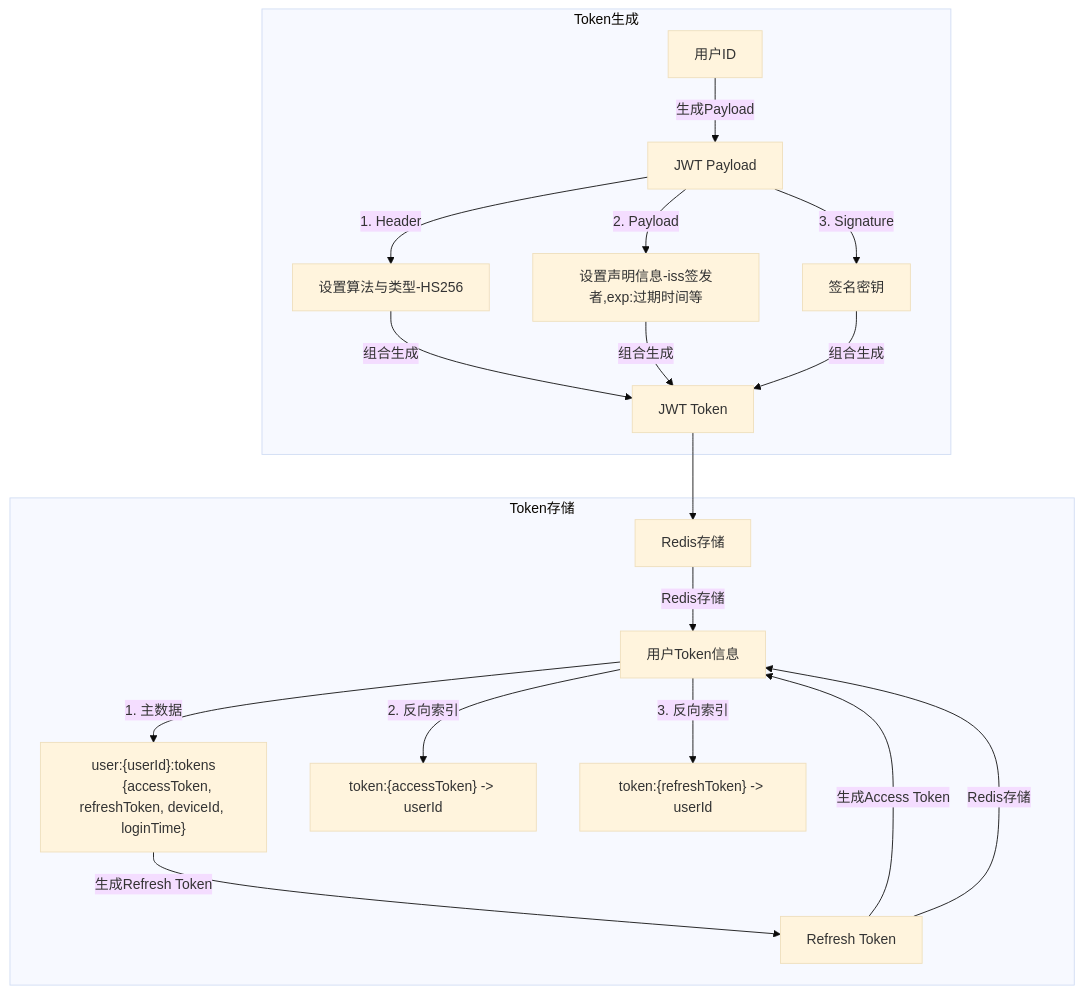
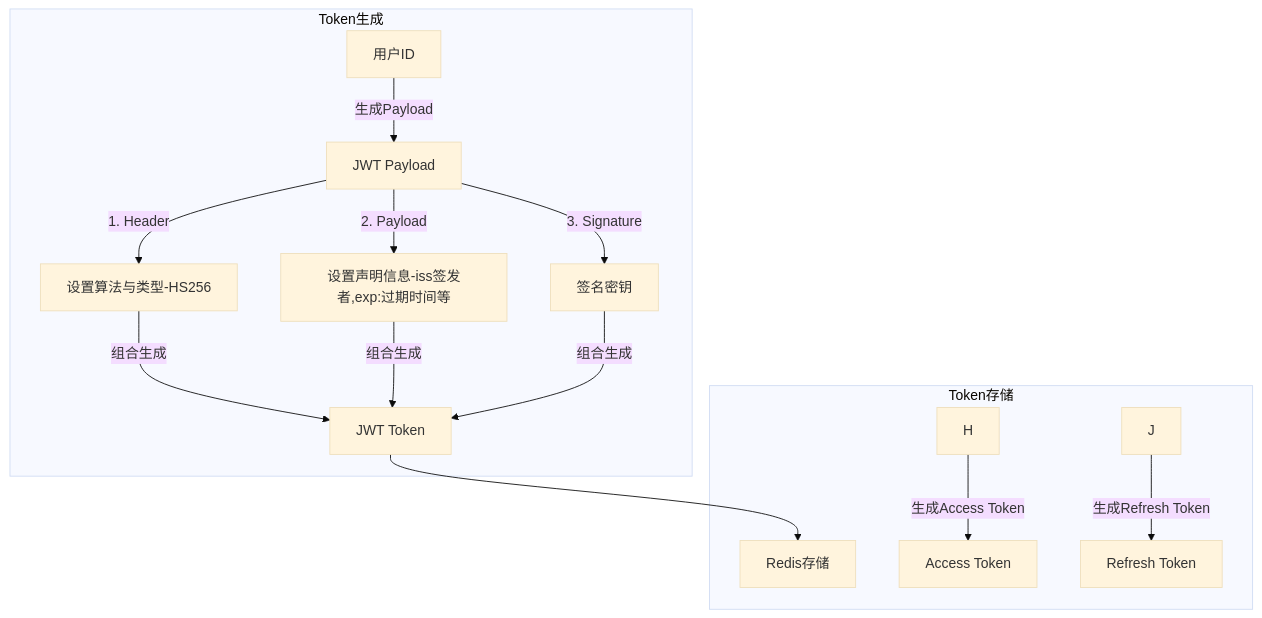
The diagram in all/未命名-15.md (yingjianzh/iodraw-files), drawn with Mermaid (base theme) before and after one commit.

Commit message:
2025-01-02 18:23:42 update

````diff
--- a/all/未命名-15.md
+++ b/all/未命名-15.md
@@ -1,23 +1,19 @@
 ```mermaid
 flowchart TD
     subgraph Token生成
         A[用户ID] -->|生成Payload| B[JWT Payload]
         B -->|1. Header| C[设置算法与类型-HS256]
         B -->|2. Payload| D[设置声明信息-iss签发者,exp:过期时间等]
         B -->|3. Signature| E[签名密钥]
         C & D & E -->|组合生成| F[JWT Token]
     end
     
     subgraph Token存储
         F --> G[Redis存储]
         H -->|生成Access Token| I[Access Token]
-        J -->|生成Refresh Token| H[Refresh Token]
-        G & H -->|Redis存储| I[用户Token信息]
-        I -->|1. 主数据| J["user:{userId}:tokens
-        {accessToken, refreshToken, deviceId, loginTime}"]
-        I -->|2. 反向索引| K["token:{accessToken} -> userId"]
-        I -->|3. 反向索引| L["token:{refreshToken} -> userId"]
+        J -->|生成Refresh Token| K[Refresh Token]
+        
     end
     
     
 ```
````
